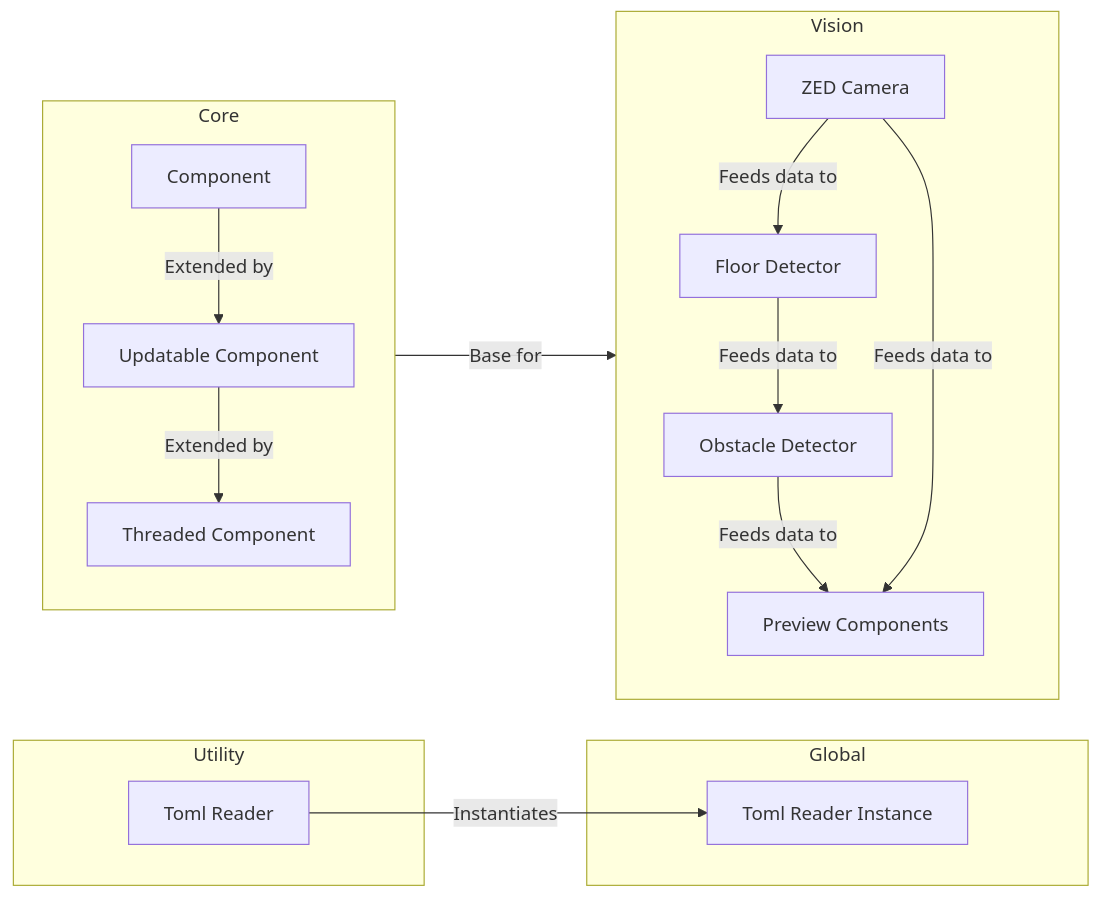
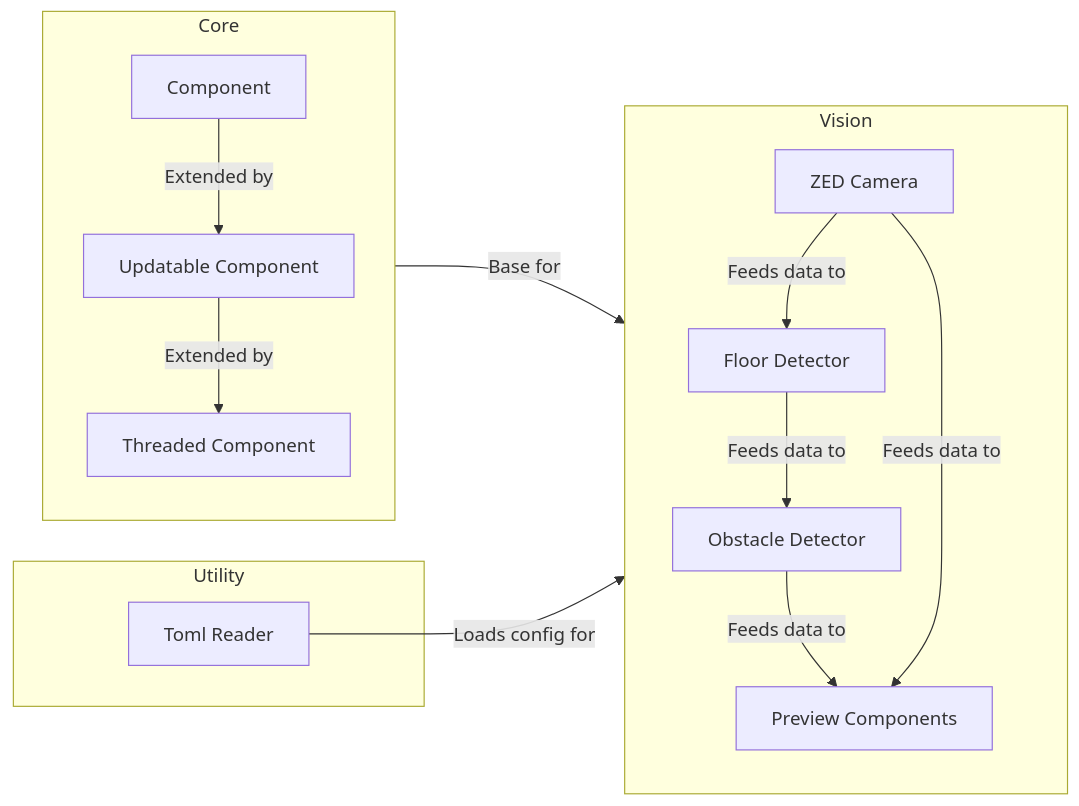
Before and after one commit to kasper-szczerba/autonomous_control_system_wiki: the diagram in docs/codebase/index.md, drawn with Mermaid. The commit also changed 1 other file, not shown here.

Commit message:
updated graph and index page

````diff
--- a/docs/codebase/index.md
+++ b/docs/codebase/index.md
@@ -7,34 +7,30 @@
 ```mermaid
 graph LR
-    subgraph global["Global"]
-        toml_reader_instance["Toml Reader Instance"]
-    end
-
     subgraph core["Core"]
         component["Component"]
         updatable["Updatable Component"]
         threaded["Threaded Component"]
 
         component -->|Extended by| updatable
         updatable -->|Extended by| threaded
     end
 
     subgraph utility["Utility"]
         toml["Toml Reader"]
     end
 
     subgraph vision["Vision"]
         zed["ZED Camera"]
         floor["Floor Detector"]
         obstacle["Obstacle Detector"]
         previews["Preview Components"]
 
         zed -->|Feeds data to| floor
         floor -->|Feeds data to| obstacle
         obstacle -->|Feeds data to| previews
         zed -->|Feeds data to| previews
     end
 
     core -->|Base for| vision
-    toml -->|Instantiates| toml_reader_instance
+    toml -->|Loads config for| vision
 ```
````
